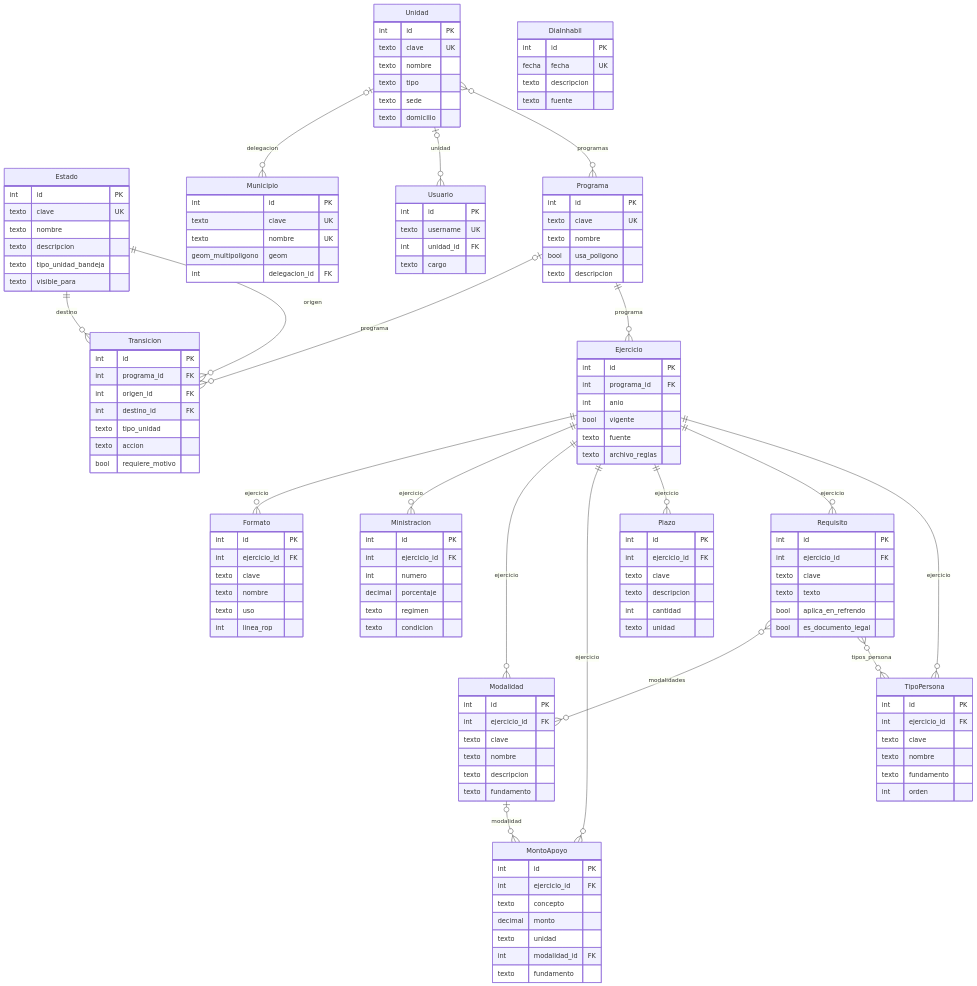
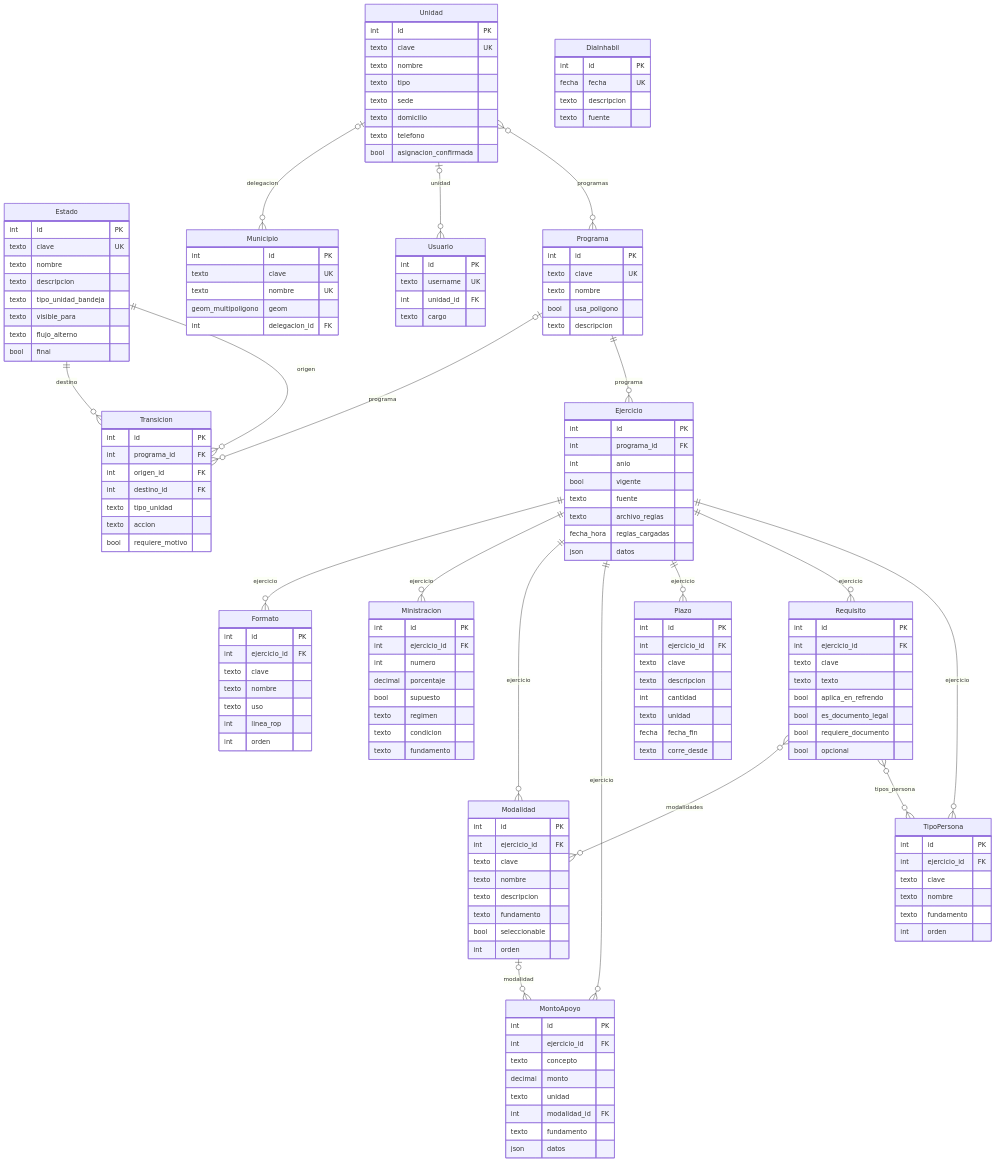
The first of 9 diagrams in sistema/docs/modelo_datos.md (Zavjosh05/FEPI), drawn with Mermaid before and after one commit. The commit also changed other lines of this file and 61 other files, not shown here.

First line of the commit message:
Base de datos completa programada desde el sprint 1

```diff
--- a/sistema/docs/modelo_datos.md
+++ b/sistema/docs/modelo_datos.md
@@ -52,6 +55,8 @@
     bool vigente
     texto fuente
     texto archivo_reglas
+    fecha_hora reglas_cargadas
+    json datos
   }
   Estado {
     int id PK
@@ -60,6 +65,8 @@
     texto descripcion
     texto tipo_unidad_bandeja
     texto visible_para
+    texto flujo_alterno
+    bool final
   }
   Formato {
     int id PK
@@ -68,14 +75,17 @@
     texto nombre
     texto uso
     int linea_rop
+    int orden
   }
   Ministracion {
     int id PK
     int ejercicio_id FK
     int numero
     decimal porcentaje
+    bool supuesto
     texto regimen
     texto condicion
+    texto fundamento
   }
   Modalidad {
     int id PK
@@ -84,6 +94,8 @@
     texto nombre
     texto descripcion
     texto fundamento
+    bool seleccionable
+    int orden
   }
   MontoApoyo {
     int id PK
@@ -93,6 +105,7 @@
     texto unidad
     int modalidad_id FK
     texto fundamento
+    json datos
   }
   Municipio {
     int id PK
@@ -108,6 +121,8 @@
     texto descripcion
     int cantidad
     texto unidad
+    fecha fecha_fin
+    texto corre_desde
   }
   Programa {
     int id PK
@@ -123,6 +138,8 @@
     texto texto
     bool aplica_en_refrendo
     bool es_documento_legal
+    bool requiere_documento
+    bool opcional
   }
   TipoPersona {
     int id PK
@@ -148,6 +165,8 @@
     texto tipo
     texto sede
     texto domicilio
+    texto telefono
+    bool asignacion_confirmada
   }
   Usuario {
     int id PK
```
